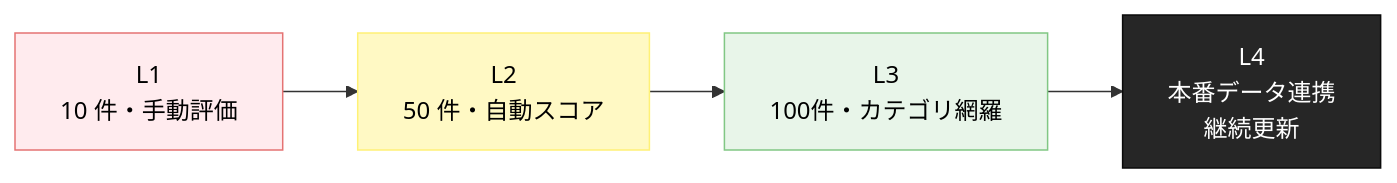
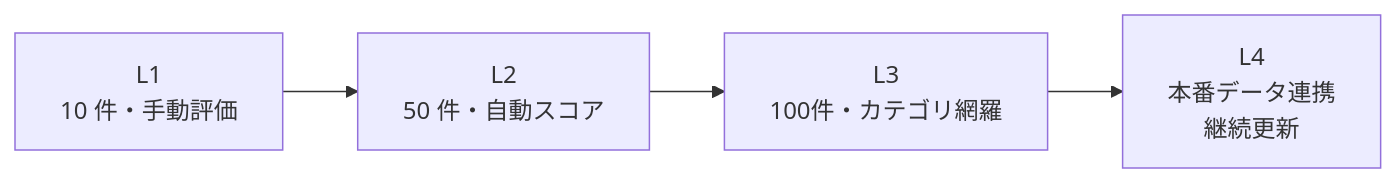
Before and after one commit to dinekt/dinekt-wiki: the third of 3 diagrams in docs/patterns/評価セット設計の-6-つのアンチパターン.md, drawn with Mermaid. The commit also changed other lines of this file and 70 other files, not shown here.

First line of the commit message:
fix(mermaid): strip all inline styling, rely on theme

````diff
--- a/docs/patterns/評価セット設計の-6-つのアンチパターン.md
+++ b/docs/patterns/評価セット設計の-6-つのアンチパターン.md
@@ -92,11 +89,7 @@
 ```mermaid
 flowchart LR
     L1[L1<br/>10 件・手動評価] --> L2[L2<br/>50 件・自動スコア]
     L2 --> L3[L3<br/>100件・カテゴリ網羅]
     L3 --> L4[L4<br/>本番データ連携<br/>継続更新]
 
-    style L1 fill:#ffebee,stroke:#e57373,color:#000
-    style L2 fill:#fff9c4,stroke:#fff176,color:#000
-    style L3 fill:#e8f5e9,stroke:#81c784,color:#000
-    style L4 fill:#262626,color:#fff,stroke:#0a0a0a
 ```
````
